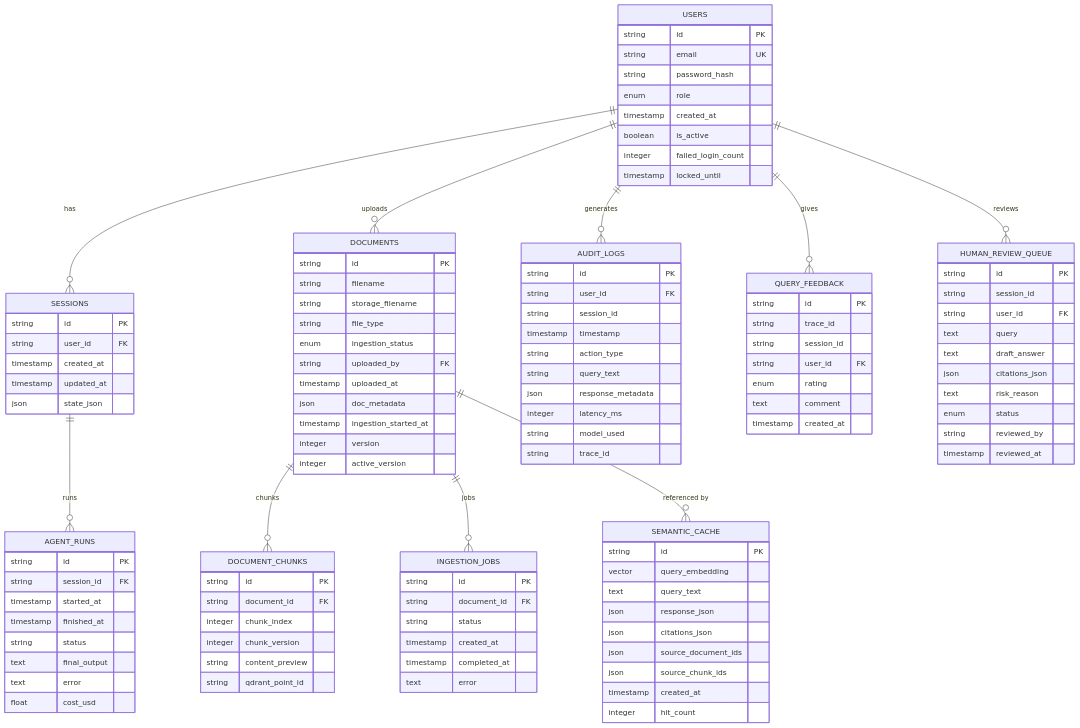
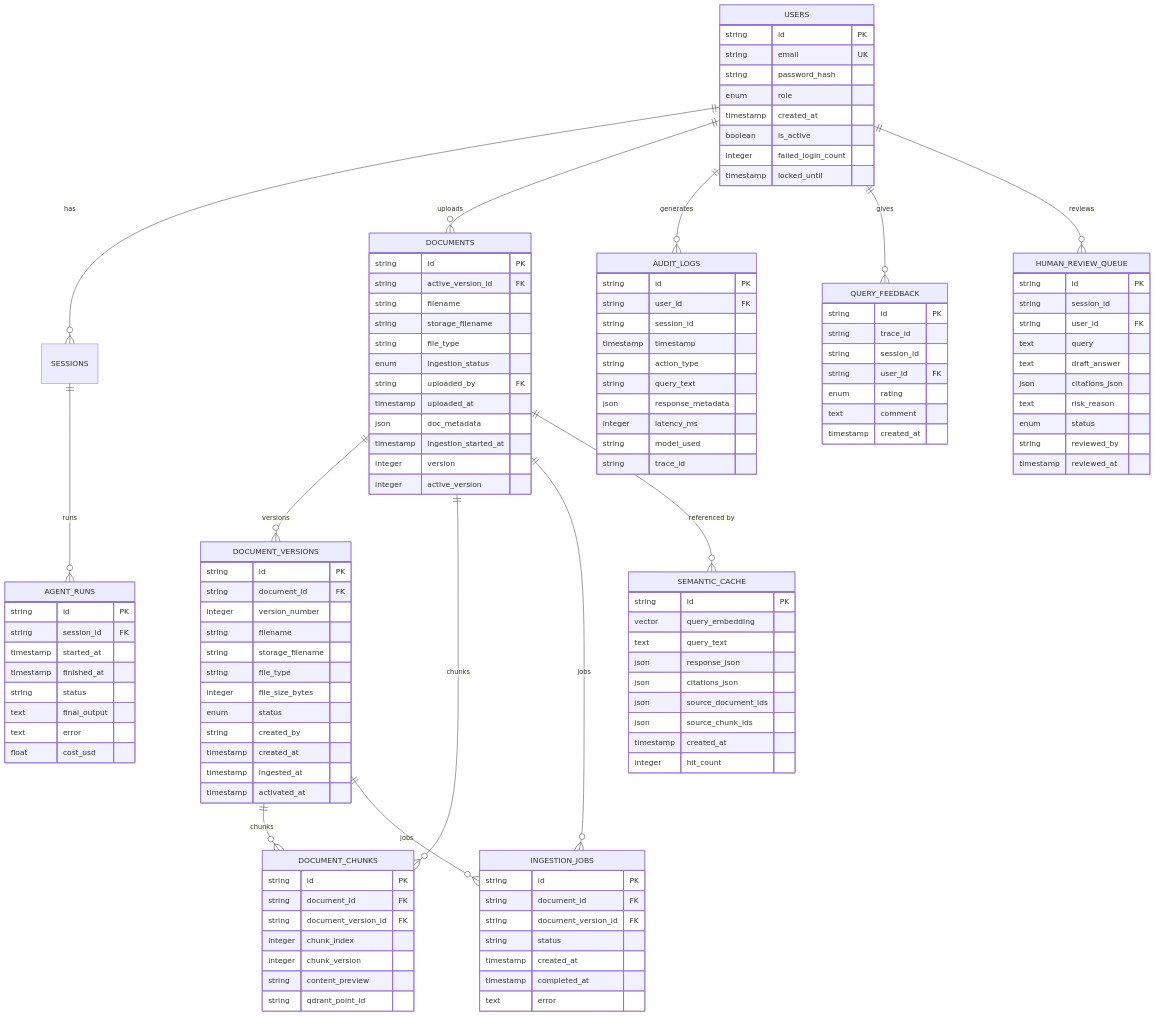
Before and after one commit to genes8/private-ai: the third of 7 diagrams in .qoder/repowiki/en/content/Database Design/Database Design.md, drawn with Mermaid. The commit also changed other lines of this file and 7 other files, not shown here.

````diff
--- a/.qoder/repowiki/en/content/Database Design/Database Design.md
+++ b/.qoder/repowiki/en/content/Database Design/Database Design.md
@@ -224,15 +247,9 @@
 integer failed_login_count
 timestamp locked_until
 }
-SESSIONS {
-string id PK
-string user_id FK
-timestamp created_at
-timestamp updated_at
-json state_json
-}
 DOCUMENTS {
 string id PK
+string active_version_id FK
 string filename
 string storage_filename
 string file_type
@@ -244,9 +261,24 @@
 integer version
 integer active_version
 }
+DOCUMENT_VERSIONS {
+string id PK
+string document_id FK
+integer version_number
+string filename
+string storage_filename
+string file_type
+integer file_size_bytes
+enum status
+string created_by
+timestamp created_at
+timestamp ingested_at
+timestamp activated_at
+}
 DOCUMENT_CHUNKS {
 string id PK
 string document_id FK
+string document_version_id FK
 integer chunk_index
 integer chunk_version
 string content_preview
@@ -297,6 +329,7 @@
 INGESTION_JOBS {
 string id PK
 string document_id FK
+string document_version_id FK
 string status
 timestamp created_at
 timestamp completed_at
@@ -319,8 +352,11 @@
 USERS ||--o{ AUDIT_LOGS : "generates"
 USERS ||--o{ QUERY_FEEDBACK : "gives"
 USERS ||--o{ HUMAN_REVIEW_QUEUE : "reviews"
+DOCUMENTS ||--o{ DOCUMENT_VERSIONS : "versions"
 DOCUMENTS ||--o{ DOCUMENT_CHUNKS : "chunks"
 DOCUMENTS ||--o{ INGESTION_JOBS : "jobs"
+DOCUMENT_VERSIONS ||--o{ DOCUMENT_CHUNKS : "chunks"
+DOCUMENT_VERSIONS ||--o{ INGESTION_JOBS : "jobs"
 SESSIONS ||--o{ AGENT_RUNS : "runs"
 DOCUMENTS ||--o{ SEMANTIC_CACHE : "referenced by"
 ```
````
